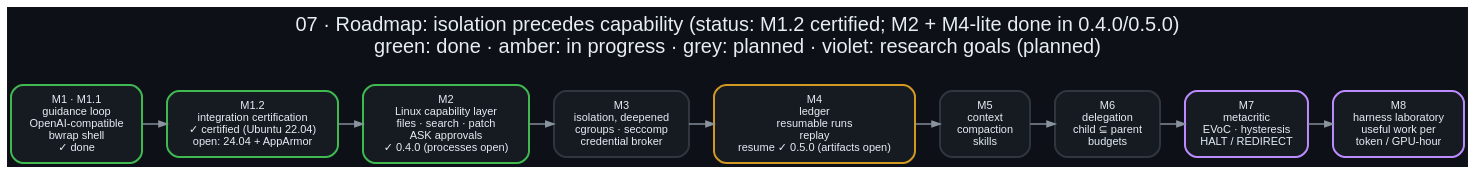
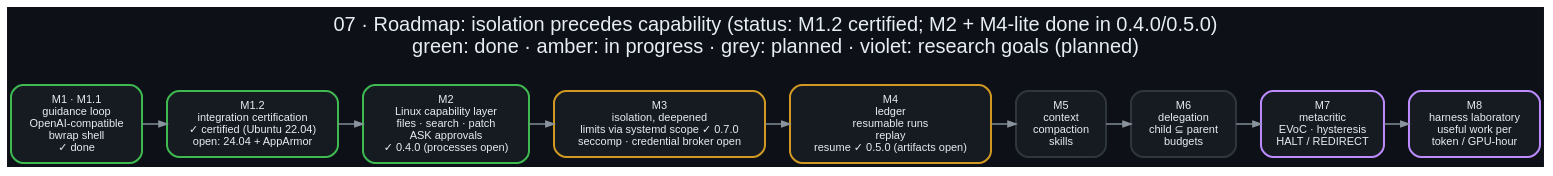
One commit to danindiana/malyutka changed the diagram in docs/diagrams/07_roadmap.dot. Above: the diagram before and after it, drawn with Graphviz. The commit also changed 42 other files, not shown here.

```diff
--- a/docs/diagrams/07_roadmap.dot
+++ b/docs/diagrams/07_roadmap.dot
@@ -1,18 +1,18 @@
 digraph roadmap {
     graph [bgcolor="#0d1117", rankdir=LR, fontname="Helvetica", fontcolor="#e6edf3", labelloc="t", fontsize=20,
            label="07 · Roadmap: isolation precedes capability (status: M1.2 certified; M2 + M4-lite done in 0.4.0/0.5.0)\ngreen: done · amber: in progress · grey: planned · violet: research goals (planned)\n ", nodesep=0.25, ranksep=0.35];
     node  [fontname="Helvetica", fontcolor="#e6edf3", color="#30363d", style="filled,rounded", shape=box, penwidth=2,
            margin="0.18,0.12", fillcolor="#161b22", fontsize=11];
     edge  [color="#8b949e", penwidth=1.4, arrowsize=0.8];
 
     m1  [label="M1 · M1.1\nguidance loop\nOpenAI-compatible\nbwrap shell\n✓ done", color="#3fb950"];
     m12 [label="M1.2\nintegration certification\n✓ certified (Ubuntu 22.04)\nopen: 24.04 + AppArmor", color="#3fb950"];
     m2  [label="M2\nLinux capability layer\nfiles · search · patch\nASK approvals\n✓ 0.4.0 (processes open)", color="#3fb950"];
-    m3  [label="M3\nisolation, deepened\ncgroups · seccomp\ncredential broker", color="#30363d"];
+    m3  [label="M3\nisolation, deepened\nlimits via systemd scope ✓ 0.7.0\nseccomp · credential broker open", color="#d29922"];
     m4  [label="M4\nledger\nresumable runs\nreplay\nresume ✓ 0.5.0 (artifacts open)", color="#d29922"];
     m5  [label="M5\ncontext\ncompaction\nskills", color="#30363d"];
     m6  [label="M6\ndelegation\nchild ⊆ parent\nbudgets", color="#30363d"];
     m7  [label="M7\nmetacritic\nEVoC · hysteresis\nHALT / REDIRECT", color="#bc8cff"];
     m8  [label="M8\nharness laboratory\nuseful work per\ntoken / GPU-hour", color="#bc8cff"];
     m1 -> m12 -> m2 -> m3 -> m4 -> m5 -> m6 -> m7 -> m8;
 }
```
